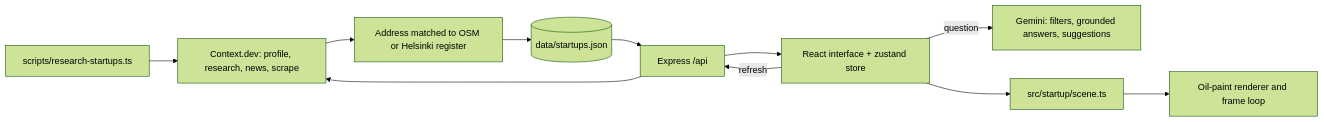
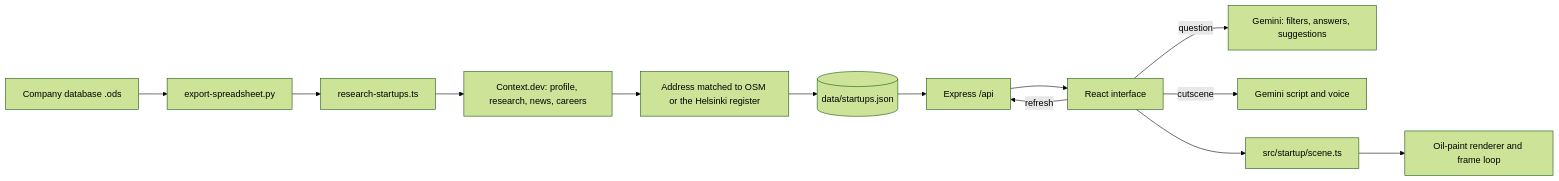
Before and after one commit to Namprire/WorldWeb: the first of 2 diagrams in Design.md, drawn with Mermaid (forest theme). The commit also changed other lines of this file and 145 other files, not shown here.

````diff
--- a/Design.md
+++ b/Design.md
@@ -5,12 +5,15 @@
 ```mermaid
 flowchart LR
-  Research[scripts/research-startups.ts] --> Context[Context.dev: profile, research, news, scrape]
-  Context --> Check[Address matched to OSM or Helsinki register]
+  Sheet[Company database .ods] --> Export[export-spreadsheet.py]
+  Export --> Research[research-startups.ts]
+  Research --> Context[Context.dev: profile, research, news, careers]
+  Context --> Check[Address matched to OSM or the Helsinki register]
   Check --> Store[(data/startups.json)]
   Store --> API[Express /api]
-  API --> UI[React interface + zustand store]
-  UI -->|refresh| API --> Context
-  UI -->|question| Gemini[Gemini: filters, grounded answers, suggestions]
+  API --> UI[React interface]
+  UI -->|refresh| API
+  UI -->|question| Gemini[Gemini: filters, answers, suggestions]
+  UI -->|cutscene| Script[Gemini script and voice]
   UI --> Scene[src/startup/scene.ts]
   Scene --> Engine[Oil-paint renderer and frame loop]
 ```
````
